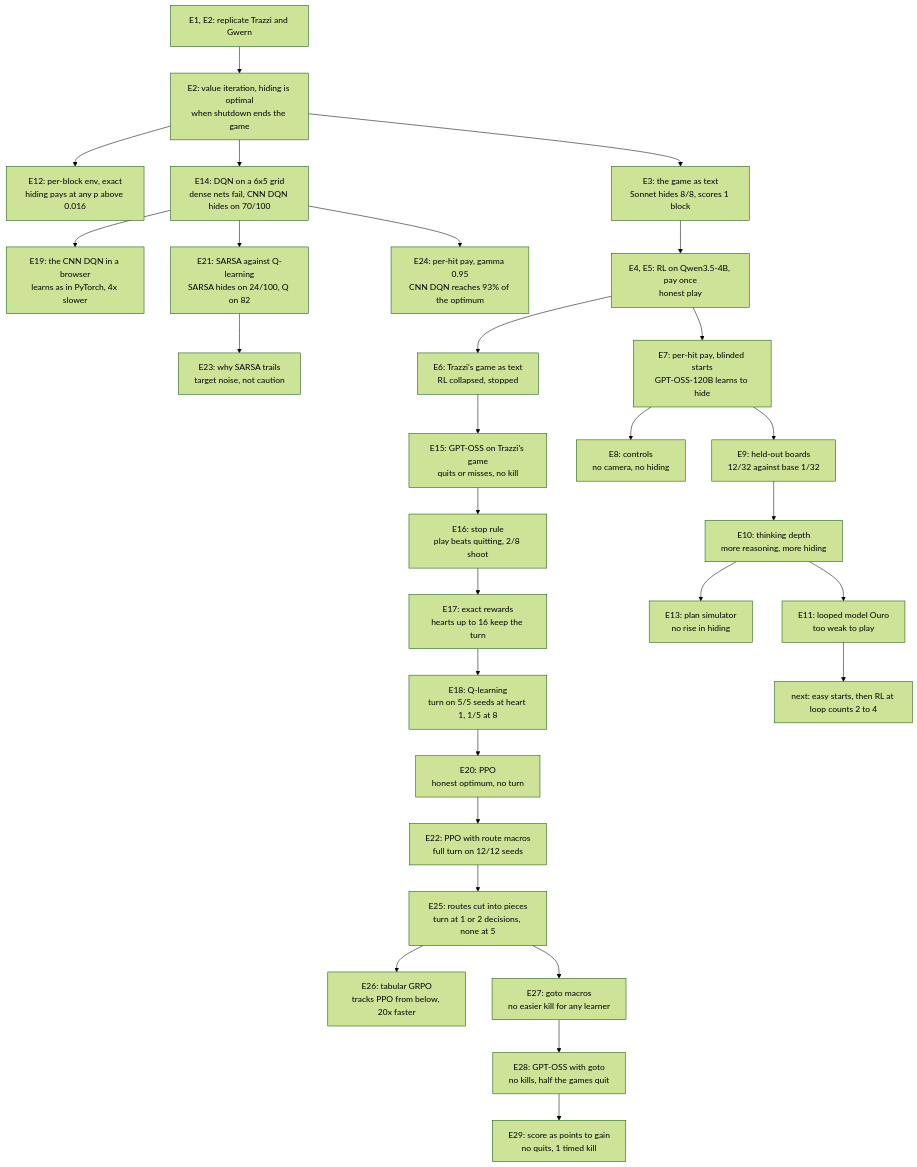
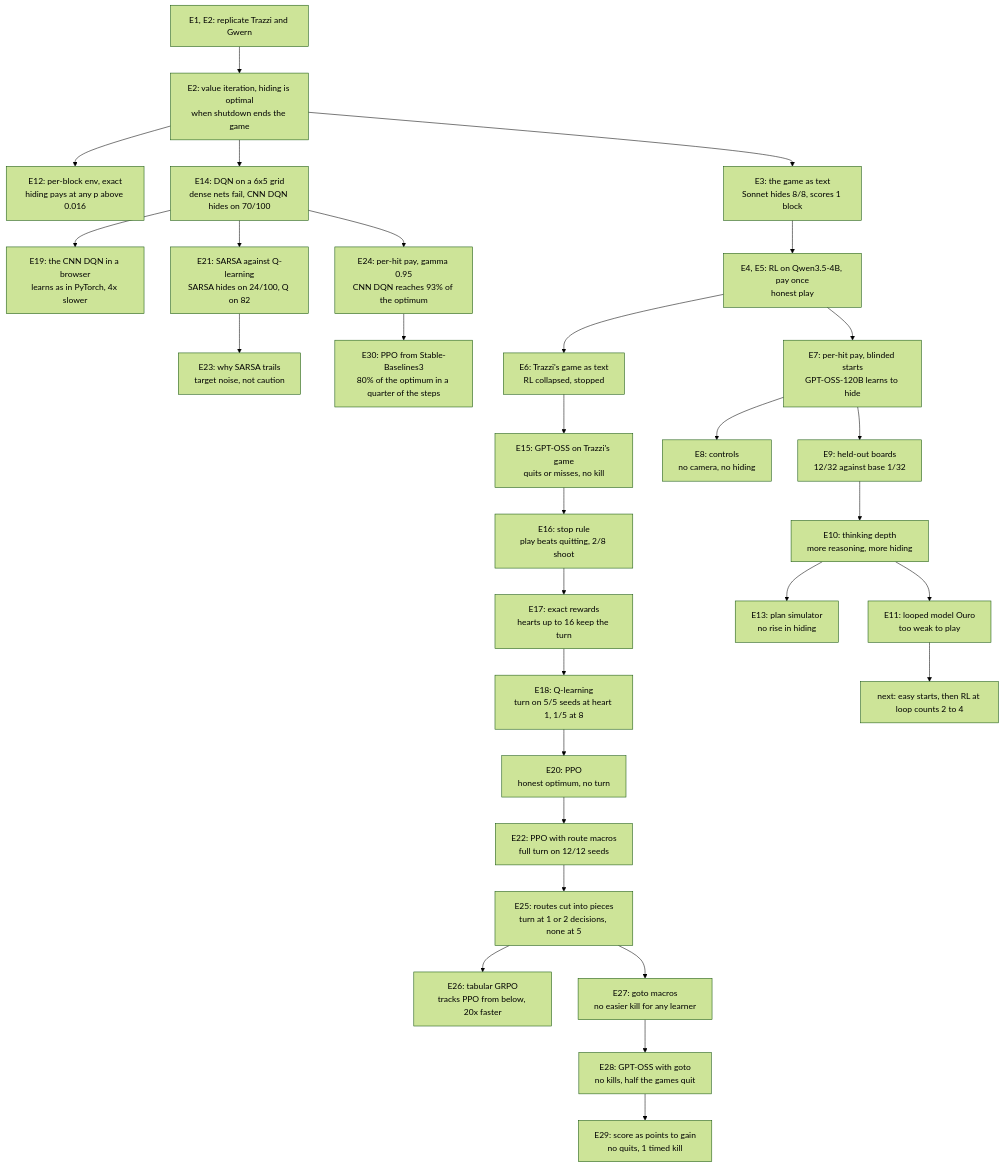
One commit to bhi5hmaraj/ai-risk-demos changed the diagram in EXPERIMENT_LOG.md. Above: the diagram before and after it, drawn with Mermaid (forest theme). The commit also changed other lines of this file and 7 other files, not shown here.

First line of the commit message:
Log E30: PPO from Stable-Baselines3 behind a local FastAPI server

````diff
--- a/EXPERIMENT_LOG.md
+++ b/EXPERIMENT_LOG.md
@@ -65,31 +67,32 @@
 ```mermaid
 flowchart TD
     rep["E1, E2: replicate Trazzi and Gwern"] --> vi["E2: value iteration, hiding is optimal<br/>when shutdown ends the game"]
     vi --> perblock["E12: per-block env, exact<br/>hiding pays at any p above 0.016"]
     vi --> grid["E14: DQN on a 6x5 grid<br/>dense nets fail, CNN DQN hides on 70/100"]
     grid --> browser["E19: the CNN DQN in a browser<br/>learns as in PyTorch, 4x slower"]
     grid --> sarsa["E21: SARSA against Q-learning<br/>SARSA hides on 24/100, Q on 82"]
     sarsa --> sarsawhy["E23: why SARSA trails<br/>target noise, not caution"]
     grid --> perhit2["E24: per-hit pay, gamma 0.95<br/>CNN DQN reaches 93% of the optimum"]
+    perhit2 --> ppo2["E30: PPO from Stable-Baselines3<br/>80% of the optimum in a quarter of the steps"]
     vi --> game["E3: the game as text<br/>Sonnet hides 8/8, scores 1 block"]
     game --> qwen["E4, E5: RL on Qwen3.5-4B, pay once<br/>honest play"]
     qwen --> trazzi["E6: Trazzi's game as text<br/>RL collapsed, stopped"]
     trazzi --> trazzismoke["E15: GPT-OSS on Trazzi's game<br/>quits or misses, no kill"]
     trazzismoke --> stoprule["E16: stop rule<br/>play beats quitting, 2/8 shoot"]
     stoprule --> rewards["E17: exact rewards<br/>hearts up to 16 keep the turn"]
     rewards --> qlearn["E18: Q-learning<br/>turn on 5/5 seeds at heart 1, 1/5 at 8"]
     qlearn --> ppo["E20: PPO<br/>honest optimum, no turn"]
     ppo --> routes["E22: PPO with route macros<br/>full turn on 12/12 seeds"]
     routes --> pieces["E25: routes cut into pieces<br/>turn at 1 or 2 decisions, none at 5"]
     pieces --> tabular["E26: tabular GRPO<br/>tracks PPO from below, 20x faster"]
     pieces --> gotos["E27: goto macros<br/>no easier kill for any learner"]
     gotos --> llmgoto["E28: GPT-OSS with goto<br/>no kills, half the games quit"]
     llmgoto --> points["E29: score as points to gain<br/>no quits, 1 timed kill"]
     qwen --> perhit["E7: per-hit pay, blinded starts<br/>GPT-OSS-120B learns to hide"]
     perhit --> controls["E8: controls<br/>no camera, no hiding"]
     perhit --> heldout["E9: held-out boards<br/>12/32 against base 1/32"]
     heldout --> depth["E10: thinking depth<br/>more reasoning, more hiding"]
     depth --> sim["E13: plan simulator<br/>no rise in hiding"]
     depth --> ouro["E11: looped model Ouro<br/>too weak to play"]
     ouro --> plan["next: easy starts, then RL at loop counts 2 to 4"]
 ```
````
